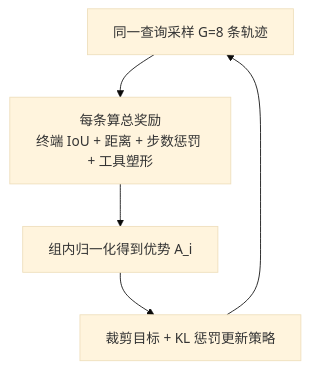
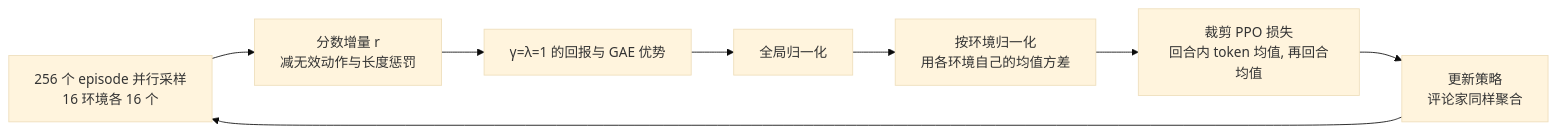
Before and after one commit to yingwang/paper-reads: the fifth of 5 diagrams in docs/index.md, drawn with Mermaid (base theme). The commit also changed other lines of this file and 2 other files, not shown here.

````diff
--- a/docs/index.md
+++ b/docs/index.md
@@ -141,7 +168,10 @@
 ```mermaid
-graph TD
-    S[同一查询采样 G=8 条轨迹] --> R1[每条算总奖励<br/>终端 IoU + 距离 + 步数惩罚 + 工具塑形]
-    R1 --> A[组内归一化得到优势 A_i]
-    A --> U[裁剪目标 + KL 惩罚更新策略]
-    U --> S
+flowchart LR
+    R[256 个 episode 并行采样<br/>16 环境各 16 个] --> S[分数增量 r<br/>减无效动作与长度惩罚]
+    S --> G[γ=λ=1 的回报与 GAE 优势]
+    G --> N1[全局归一化]
+    N1 --> N2[按环境归一化<br/>用各环境自己的均值方差]
+    N2 --> L[裁剪 PPO 损失<br/>回合内 token 均值, 再回合均值]
+    L --> U[更新策略<br/>评论家同样聚合]
+    U --> R
 ```
````
